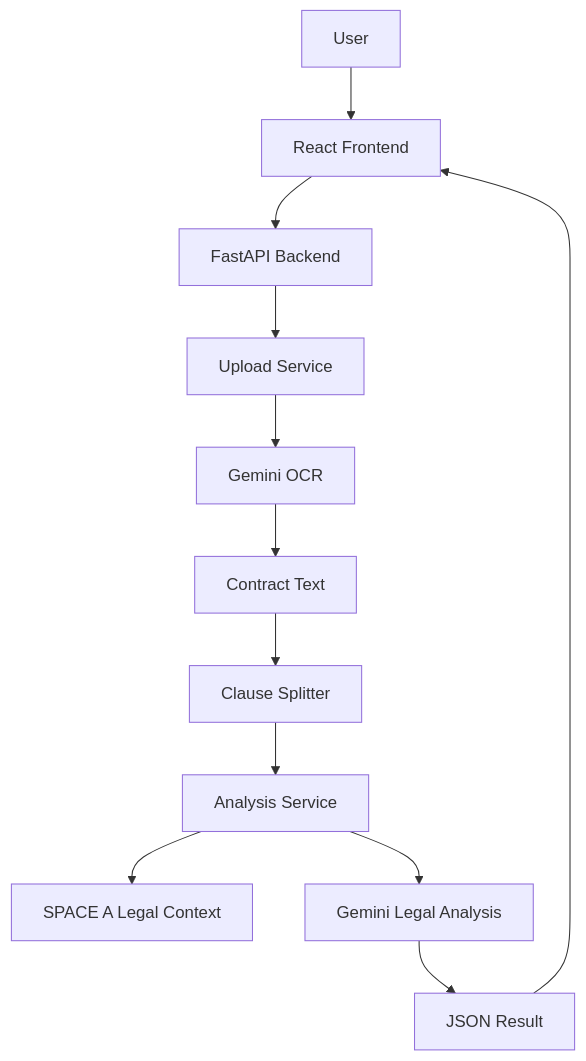
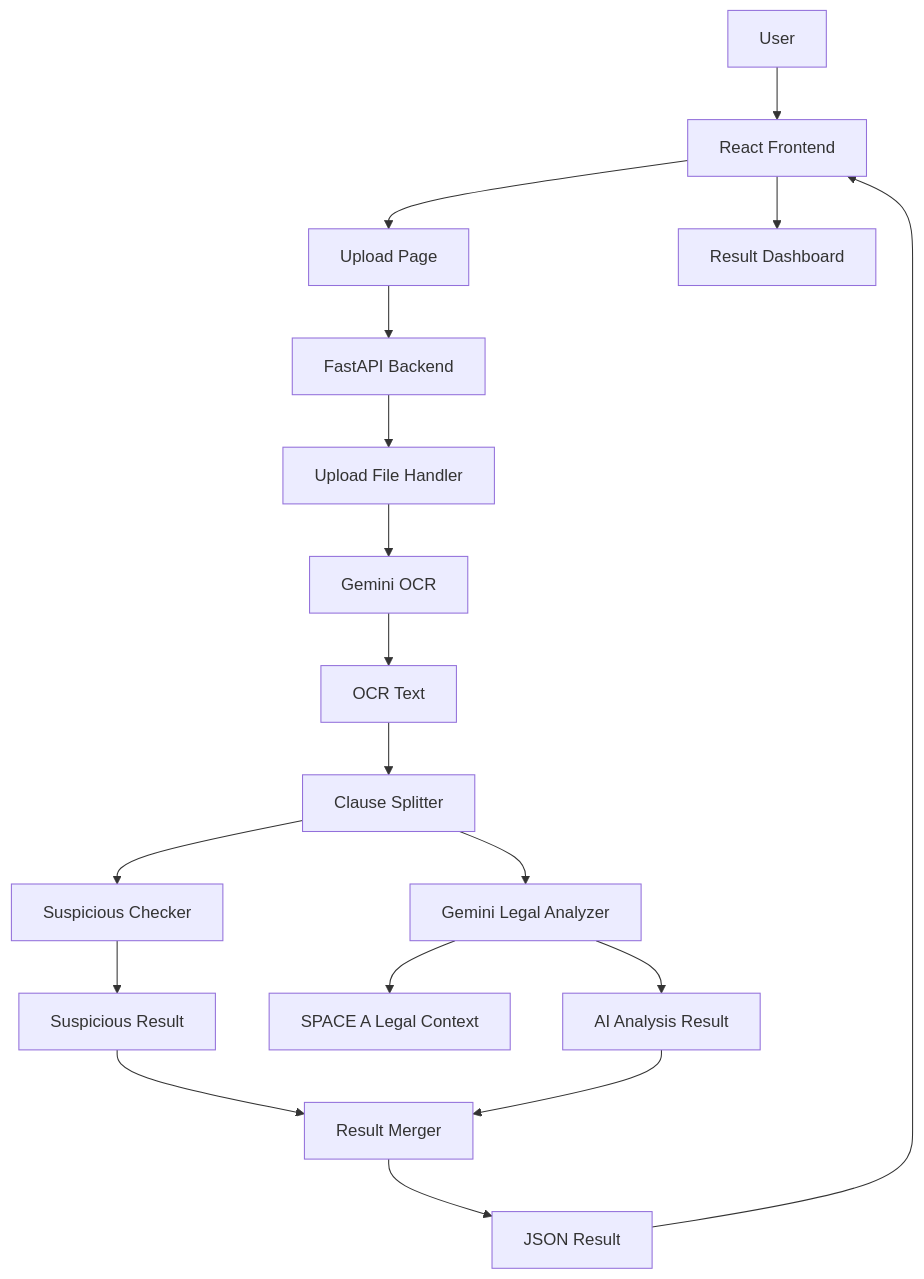
One commit to Wilson0318-hub/rentalguard-ai changed the diagram in README.md. Above: the diagram before and after it, drawn with Mermaid. The commit also changed other lines of this file, not shown here.

Commit message:
feat: upgrade analysis flow and frontend ui

````diff
--- a/README.md
+++ b/README.md
@@ -56,20 +328,29 @@
 ```mermaid
 flowchart TD
     User[User] --> Frontend[React Frontend]
 
-    Frontend --> Backend[FastAPI Backend]
+    Frontend --> UploadPage[Upload Page]
+    UploadPage --> Backend[FastAPI Backend]
 
-    Backend --> Upload[Upload Service]
-    Upload --> GeminiOCR[Gemini OCR]
+    Backend --> UploadService[Upload File Handler]
+    UploadService --> GeminiOCR[Gemini OCR]
 
-    GeminiOCR --> Text[Contract Text]
-    Text --> Splitter[Clause Splitter]
+    GeminiOCR --> OCRText[OCR Text]
+    OCRText --> ClauseSplitter[Clause Splitter]
 
-    Splitter --> Analyzer[Analysis Service]
+    ClauseSplitter --> SuspiciousChecker[Suspicious Checker]
+    ClauseSplitter --> GeminiAnalyzer[Gemini Legal Analyzer]
 
-    Analyzer --> SpaceA[SPACE A Legal Context]
-    Analyzer --> GeminiAnalysis[Gemini Legal Analysis]
+    GeminiAnalyzer --> SpaceA[SPACE A Legal Context]
+    GeminiAnalyzer --> AIResult[AI Analysis Result]
 
-    GeminiAnalysis --> Result[JSON Result]
-    Result --> Frontend
+    SuspiciousChecker --> CheckerResult[Suspicious Result]
+
+    CheckerResult --> ResultMerger[Result Merger]
+    AIResult --> ResultMerger
+
+    ResultMerger --> JSONResult[JSON Result]
+    JSONResult --> Frontend
+
+    Frontend --> ResultView[Result Dashboard]
 ```
````
